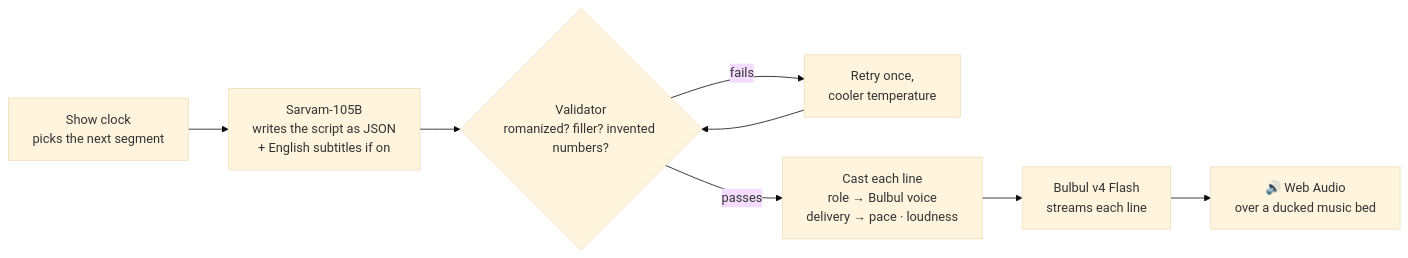
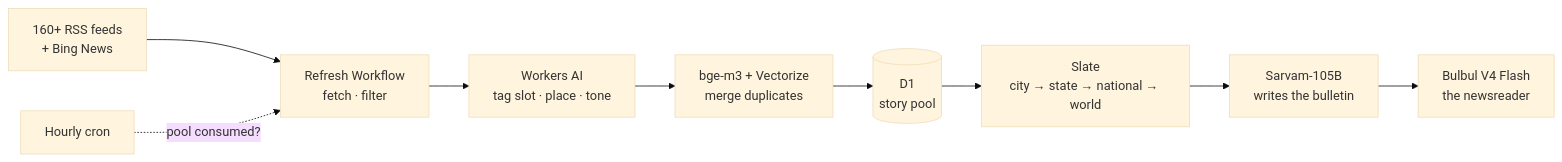
The first of 4 diagrams in README.md (harshbhx/tarang-fm), drawn with Mermaid (base theme) before and after one commit. The commit also changed other lines of this file, not shown here.

````diff
--- a/README.md
+++ b/README.md
@@ -74,9 +126,11 @@
 ```mermaid
 flowchart LR
-  A["Show clock<br/>picks the next segment"] --> B["Sarvam-105B<br/>writes the script as JSON<br/>+ English subtitles if on"]
-  B --> C{"Validator<br/>romanized? filler? invented numbers?"}
-  C -->|fails| B2["Retry once,<br/>cooler temperature"] --> C
-  C -->|passes| D["Cast each line<br/>role → Bulbul voice<br/>delivery → pace · loudness"]
-  D --> F["Bulbul v4 Flash<br/>streams each line"]
-  F --> G["🔊 Web Audio<br/>over a ducked music bed"]
+  F["160+ RSS feeds<br/>+ Bing News"] --> W["Refresh Workflow<br/>fetch · filter"]
+  W --> T["Workers AI<br/>tag slot · place · tone"]
+  T --> V["bge-m3 + Vectorize<br/>merge duplicates"]
+  V --> D[("D1<br/>story pool")]
+  D --> S["Slate<br/>city → state → national → world"]
+  S --> N["Sarvam-105B<br/>writes the bulletin"]
+  N --> B["Bulbul V4 Flash<br/>the newsreader"]
+  C["Hourly cron"] -.->|pool consumed?| W
 ```
````
